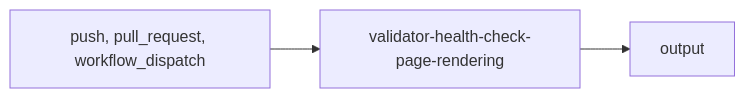
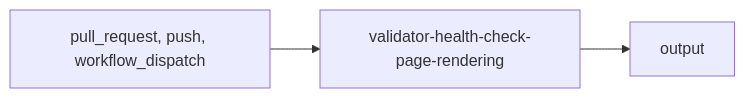
One commit to its-DeFine/docs changed the diagram in .github/workspace/actions-library/validators/health/validator-health-check-page-rendering.mdx. Above: the diagram before and after it, drawn with Mermaid. The commit also changed other lines of this file and 57 other files, not shown here.

````diff
--- a/.github/workspace/actions-library/validators/health/validator-health-check-page-rendering.mdx
+++ b/.github/workspace/actions-library/validators/health/validator-health-check-page-rendering.mdx
@@ -43,5 +43,5 @@
 ```mermaid
 graph LR
-    TRIGGER["push, pull_request, workflow_dispatch"] --> WF["validator-health-check-page-rendering"]
+    TRIGGER["pull_request, push, workflow_dispatch"] --> WF["validator-health-check-page-rendering"]
     WF --> OUTPUT["output"]
 ```
````
